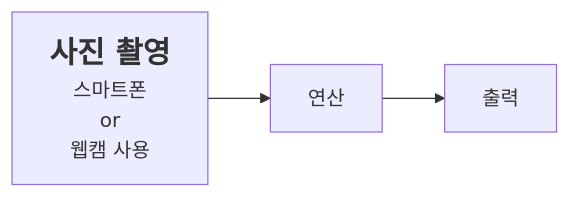
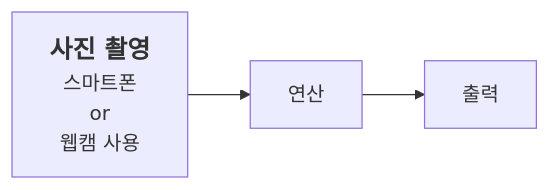
One commit to 201710808/-p changed the diagram in Readme.md. Above: the diagram before and after it, drawn with Mermaid.

````diff
--- a/Readme.md
+++ b/Readme.md
@@ -3,5 +3,5 @@
 ```mermaid
 graph LR
-A[<b><span style='font-size:24px'>사진 촬영</span></b><br>스마트폰\nor\n웹캠 사용]-->B[연산]
+A[<b><span style='font-size:20px'>사진 촬영</span></b><br>스마트폰\nor\n웹캠 사용]-->B[연산]
 B-->C[출력]
 ```
````
